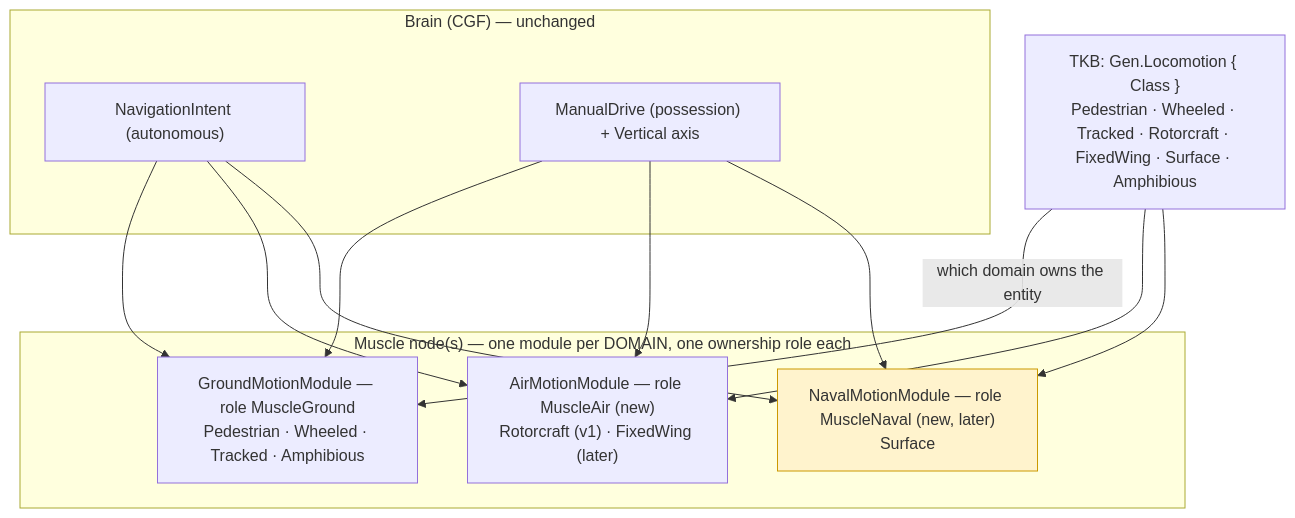
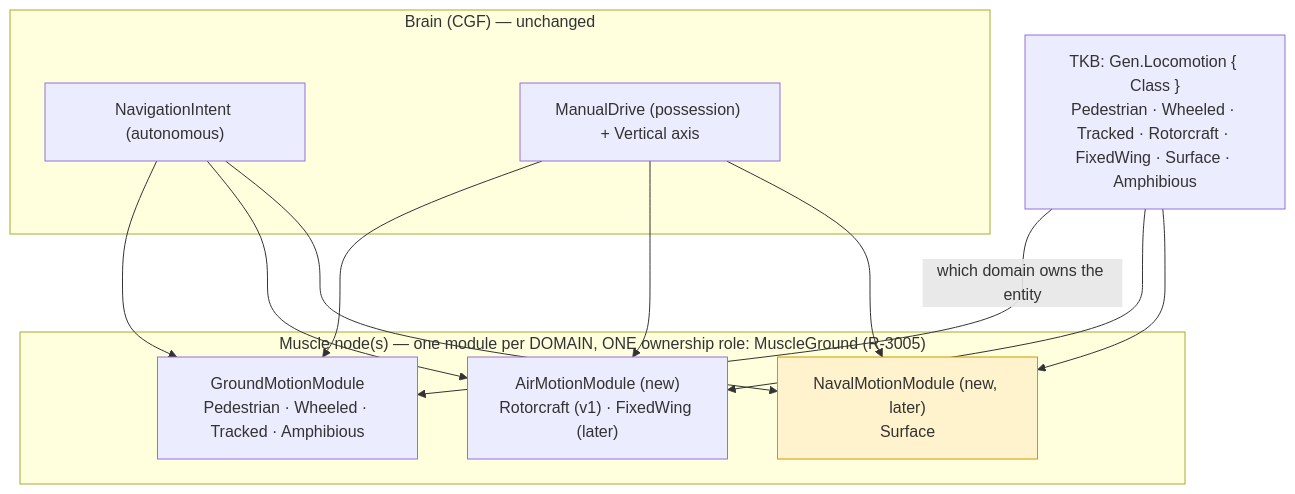
The first of 3 diagrams in docs/designs/motion-models/DESIGN_Motion_Domains.md (pjanec/HROT), drawn with Mermaid before and after one commit. The commit also changed other lines of this file and 6 other files, not shown here.

First line of the commit message:
CE-3199 / R-3005: one Muscle role moves every body - a flyer is MuscleGround's

````diff
--- a/docs/designs/motion-models/DESIGN_Motion_Domains.md
+++ b/docs/designs/motion-models/DESIGN_Motion_Domains.md
@@ -53,24 +53,24 @@
 ```mermaid
 graph TD
   TKB["TKB: Gen.Locomotion { Class }<br/>Pedestrian · Wheeled · Tracked · Rotorcraft · FixedWing · Surface · Amphibious"]
   subgraph BRAIN["Brain (CGF) — unchanged"]
     NI["NavigationIntent (autonomous)"]
     MD["ManualDrive (possession) + Vertical axis"]
   end
-  subgraph MUSCLE["Muscle node(s) — one module per DOMAIN, one ownership role each"]
-    G["GroundMotionModule — role MuscleGround<br/>Pedestrian · Wheeled · Tracked · Amphibious"]
-    A["AirMotionModule — role MuscleAir (new)<br/>Rotorcraft (v1) · FixedWing (later)"]
-    N["NavalMotionModule — role MuscleNaval (new, later)<br/>Surface"]
+  subgraph MUSCLE["Muscle node(s) — one module per DOMAIN, ONE ownership role: MuscleGround (R-3005)"]
+    G["GroundMotionModule<br/>Pedestrian · Wheeled · Tracked · Amphibious"]
+    A["AirMotionModule (new)<br/>Rotorcraft (v1) · FixedWing (later)"]
+    N["NavalMotionModule (new, later)<br/>Surface"]
   end
   TKB -->|"which domain owns the entity"| G
   TKB --> A
   TKB --> N
   NI --> G
   NI --> A
   NI --> N
   MD --> G
   MD --> A
   MD --> N
   classDef later fill:#fff3cd,stroke:#c90
   class N later
 ```
````
